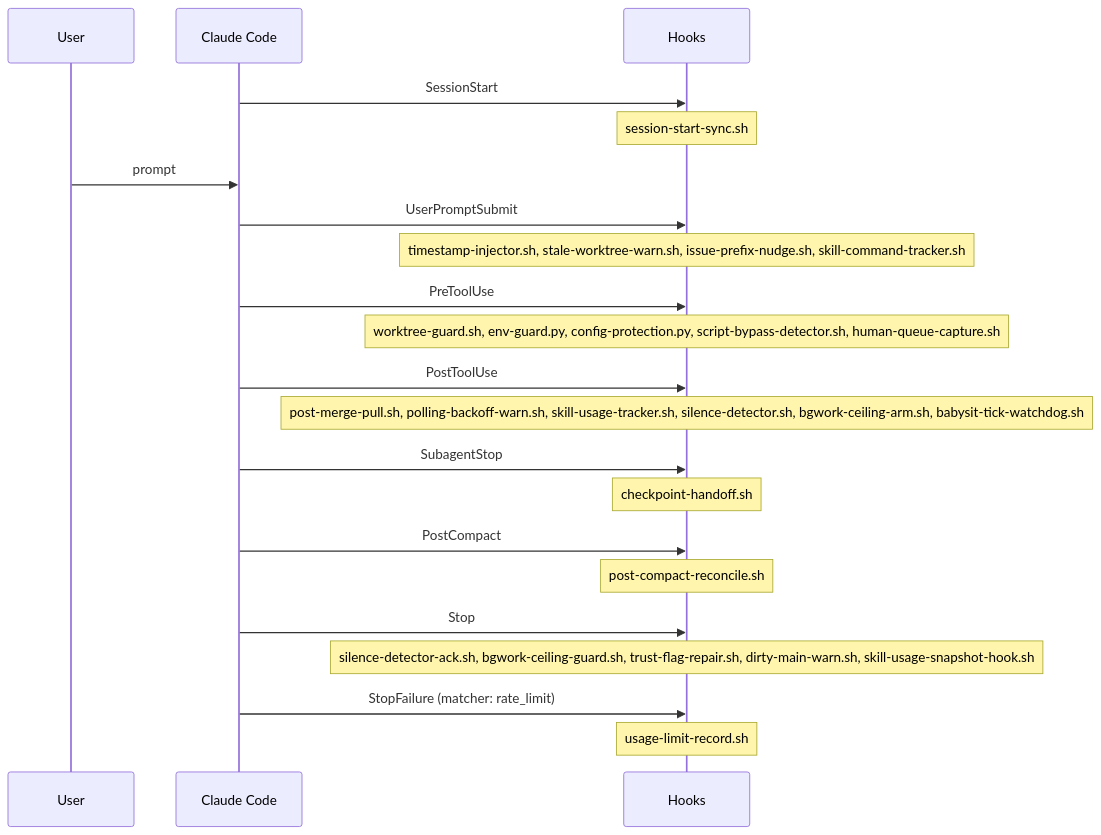
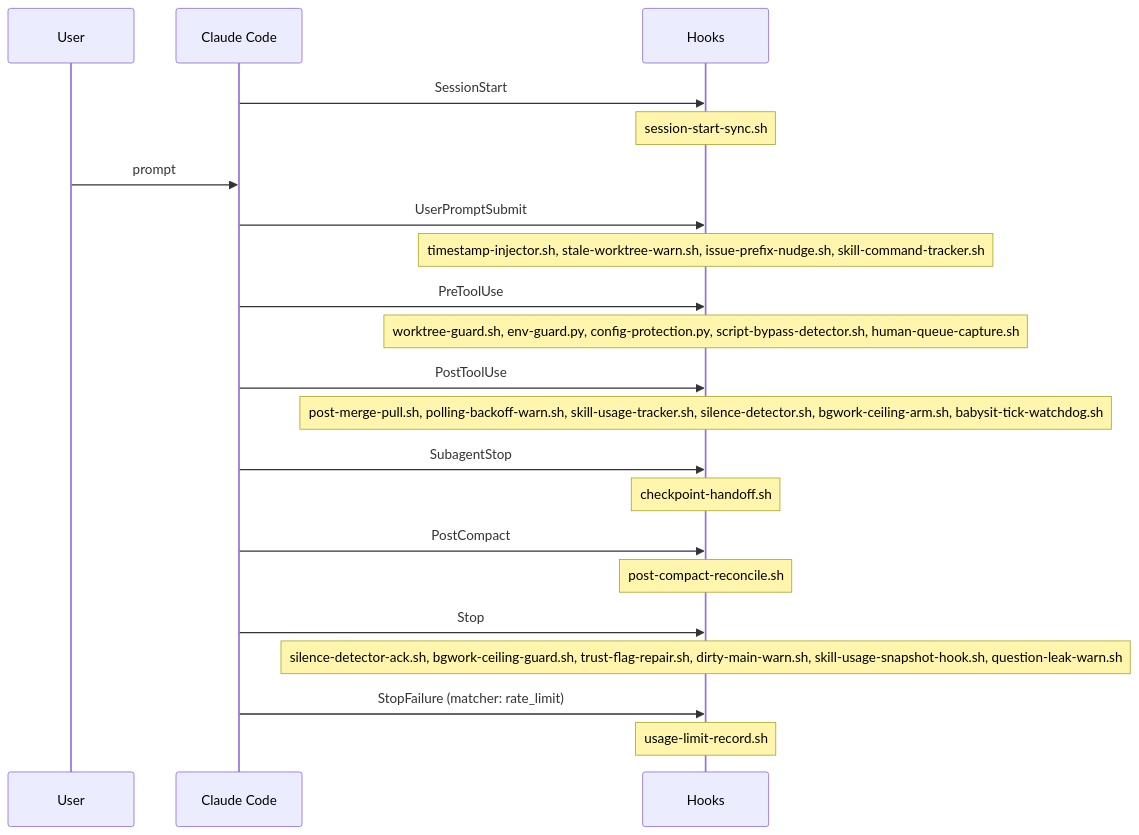
The diagram in .claude/reference/diagrams/hook-lifecycle.md (auerbachb/claude-code-config), drawn with Mermaid before and after one commit. The commit also changed 12 other files, not shown here.

First line of the commit message:
feat(#1778): human-queue prose-question Stop-hook nudge (#1794)

````diff
--- a/.claude/reference/diagrams/hook-lifecycle.md
+++ b/.claude/reference/diagrams/hook-lifecycle.md
@@ -3,23 +3,23 @@
 ```mermaid
 sequenceDiagram
   participant U as User
   participant CC as Claude Code
   participant H as Hooks
   CC->>H: SessionStart
   Note over H: session-start-sync.sh
   U->>CC: prompt
   CC->>H: UserPromptSubmit
   Note over H: timestamp-injector.sh, stale-worktree-warn.sh, issue-prefix-nudge.sh, skill-command-tracker.sh
   CC->>H: PreToolUse
   Note over H: worktree-guard.sh, env-guard.py, config-protection.py, script-bypass-detector.sh, human-queue-capture.sh
   CC->>H: PostToolUse
   Note over H: post-merge-pull.sh, polling-backoff-warn.sh, skill-usage-tracker.sh, silence-detector.sh, bgwork-ceiling-arm.sh, babysit-tick-watchdog.sh
   CC->>H: SubagentStop
   Note over H: checkpoint-handoff.sh
   CC->>H: PostCompact
   Note over H: post-compact-reconcile.sh
   CC->>H: Stop
-  Note over H: silence-detector-ack.sh, bgwork-ceiling-guard.sh, trust-flag-repair.sh, dirty-main-warn.sh, skill-usage-snapshot-hook.sh
+  Note over H: silence-detector-ack.sh, bgwork-ceiling-guard.sh, trust-flag-repair.sh, dirty-main-warn.sh, skill-usage-snapshot-hook.sh, question-leak-warn.sh
   CC->>H: StopFailure (matcher: rate_limit)
   Note over H: usage-limit-record.sh
 ```
````
